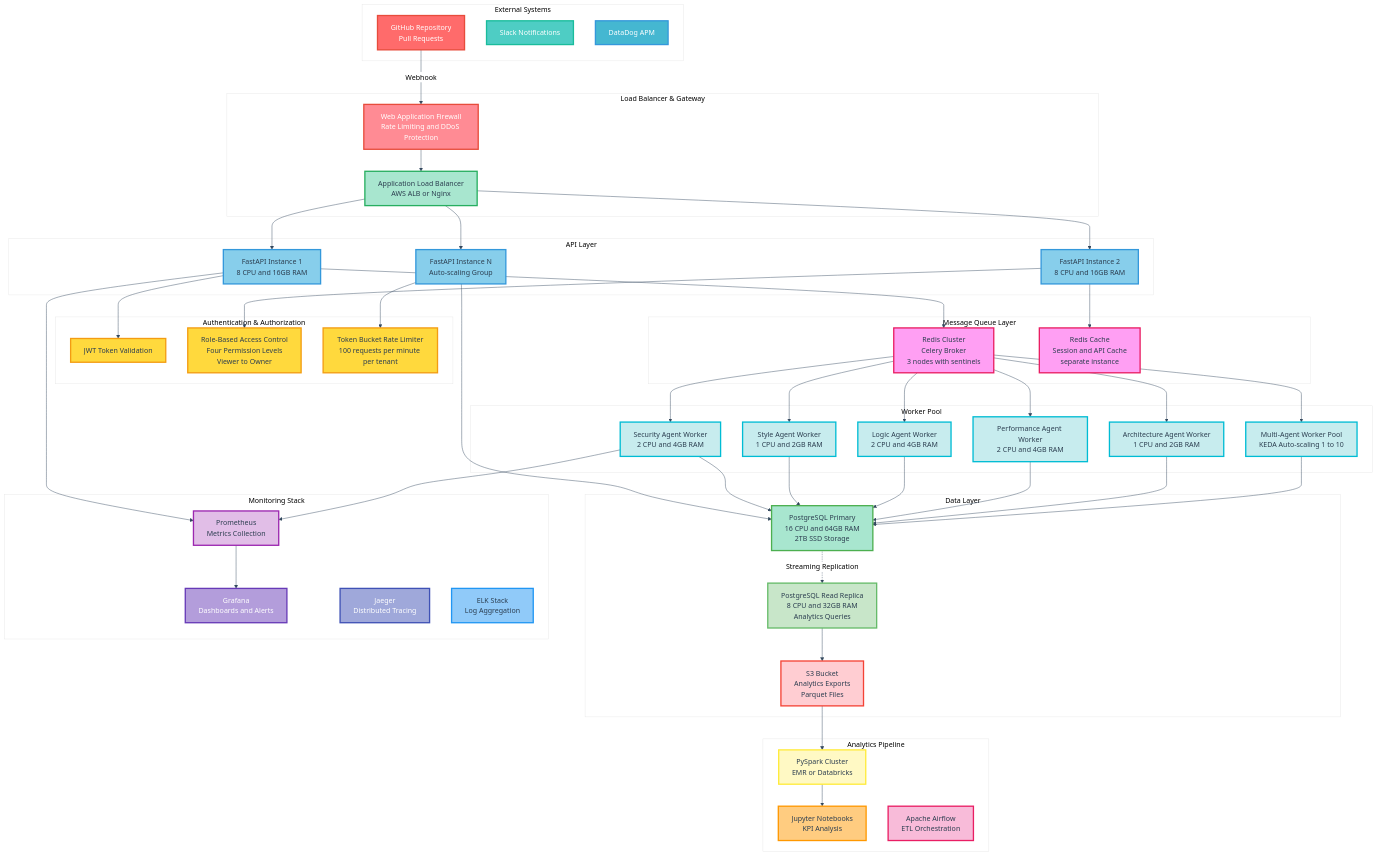
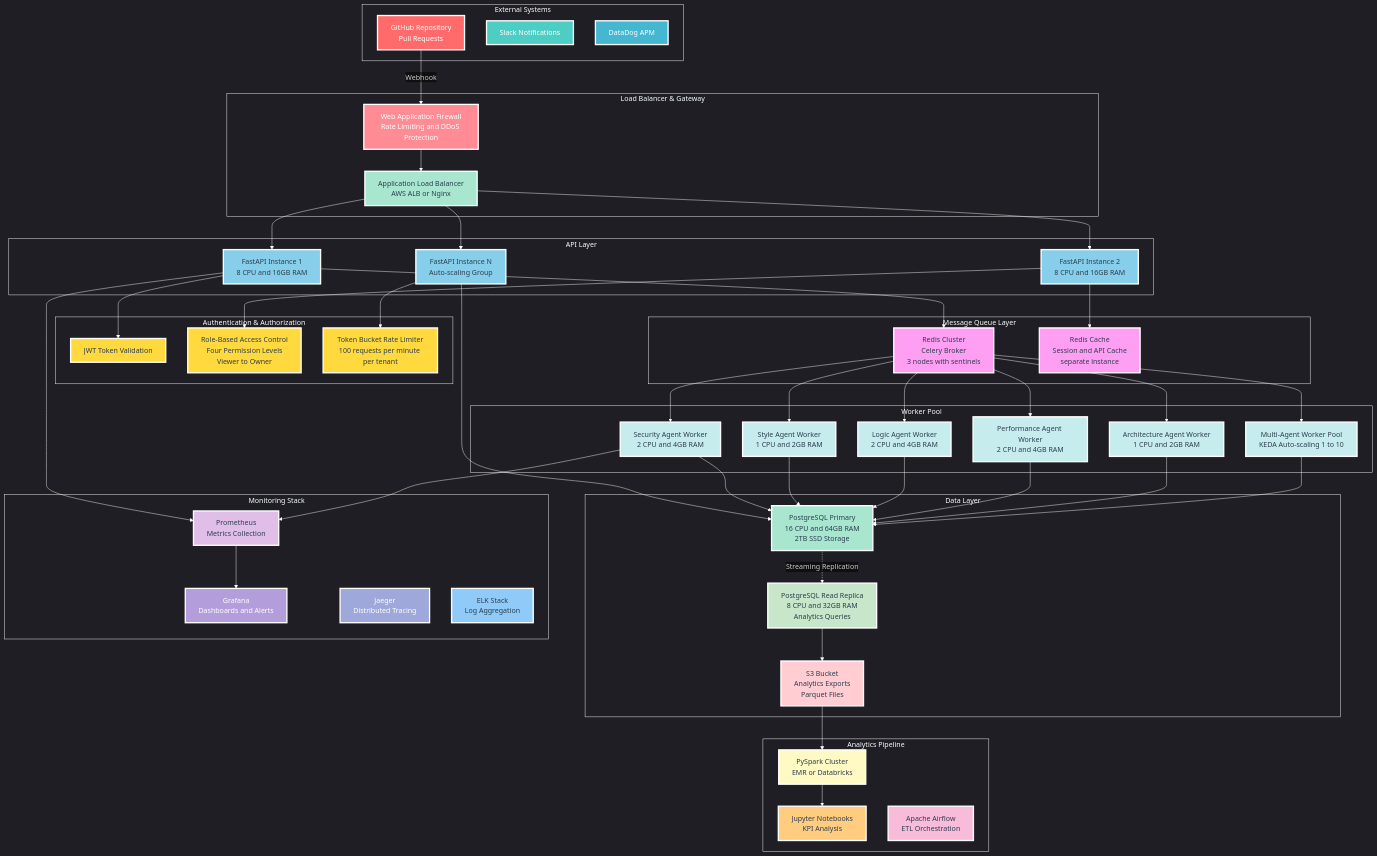
The first of 7 diagrams in docs/ARCHITECTURE.md (PriscillaOng12/AI-Code-Review-Squad), drawn with Mermaid before and after one commit. The commit also changed other lines of this file, not shown here.

````diff
--- a/docs/ARCHITECTURE.md
+++ b/docs/ARCHITECTURE.md
@@ -20,5 +20,5 @@
 ```mermaid
-%%{init: {'theme': 'base', 'themeVariables': {'primaryColor': '#ffffff', 'primaryTextColor': '#000000', 'primaryBorderColor': '#2c3e50', 'lineColor': '#34495e', 'secondaryColor': '#ffffff', 'tertiaryColor': '#ffffff', 'background': '#ffffff', 'mainBkg': '#ffffff', 'secondBkg': '#ffffff', 'tertiaryBkg': '#ffffff'}}}%%
+%%{init: {'theme': 'dark', 'themeVariables': {'primaryColor': 'transparent', 'primaryTextColor': '#ffffff', 'primaryBorderColor': '#ffffff', 'lineColor': '#ffffff', 'secondaryColor': 'transparent', 'tertiaryColor': 'transparent', 'background': 'transparent', 'mainBkg': 'transparent', 'secondBkg': 'transparent', 'tertiaryBkg': 'transparent', 'clusterBkg': 'transparent', 'clusterBorder': '#ffffff', 'edgeLabelBackground': 'transparent'}}}%%
 graph TB
     subgraph "External Systems"
         GITHUB[GitHub Repository<br/>Pull Requests]
@@ -113,41 +113,41 @@
     W1 --> PROMETHEUS
     PROMETHEUS --> GRAFANA
     
-    style GITHUB fill:#ff6b6b,stroke:#e74c3c,stroke-width:3px,color:#ffffff
-    style SLACK fill:#4ecdc4,stroke:#1abc9c,stroke-width:3px,color:#ffffff
-    style DATADOG fill:#45b7d1,stroke:#3498db,stroke-width:3px,color:#ffffff
+    style GITHUB fill:#ff6b6b,stroke:#ffffff,stroke-width:3px,color:#ffffff
+    style SLACK fill:#4ecdc4,stroke:#ffffff,stroke-width:3px,color:#ffffff
+    style DATADOG fill:#45b7d1,stroke:#ffffff,stroke-width:3px,color:#ffffff
     
-    style LB fill:#a8e6cf,stroke:#27ae60,stroke-width:3px,color:#2c3e50
-    style WAF fill:#ff8b94,stroke:#e74c3c,stroke-width:3px,color:#ffffff
+    style LB fill:#a8e6cf,stroke:#ffffff,stroke-width:3px,color:#2c3e50
+    style WAF fill:#ff8b94,stroke:#ffffff,stroke-width:3px,color:#ffffff
     
-    style API1 fill:#87ceeb,stroke:#3498db,stroke-width:3px,color:#2c3e50
-    style API2 fill:#87ceeb,stroke:#3498db,stroke-width:3px,color:#2c3e50
-    style API3 fill:#87ceeb,stroke:#3498db,stroke-width:3px,color:#2c3e50
+    style API1 fill:#87ceeb,stroke:#ffffff,stroke-width:3px,color:#2c3e50
+    style API2 fill:#87ceeb,stroke:#ffffff,stroke-width:3px,color:#2c3e50
+    style API3 fill:#87ceeb,stroke:#ffffff,stroke-width:3px,color:#2c3e50
     
-    style JWT fill:#ffd93d,stroke:#f39c12,stroke-width:3px,color:#2c3e50
-    style RBAC fill:#ffd93d,stroke:#f39c12,stroke-width:3px,color:#2c3e50
-    style RATELIMIT fill:#ffd93d,stroke:#f39c12,stroke-width:3px,color:#2c3e50
+    style JWT fill:#ffd93d,stroke:#ffffff,stroke-width:3px,color:#2c3e50
+    style RBAC fill:#ffd93d,stroke:#ffffff,stroke-width:3px,color:#2c3e50
+    style RATELIMIT fill:#ffd93d,stroke:#ffffff,stroke-width:3px,color:#2c3e50
     
-    style REDIS_BROKER fill:#ff9ff3,stroke:#e91e63,stroke-width:3px,color:#2c3e50
-    style REDIS_CACHE fill:#ff9ff3,stroke:#e91e63,stroke-width:3px,color:#2c3e50
+    style REDIS_BROKER fill:#ff9ff3,stroke:#ffffff,stroke-width:3px,color:#2c3e50
+    style REDIS_CACHE fill:#ff9ff3,stroke:#ffffff,stroke-width:3px,color:#2c3e50
     
-    style W1 fill:#c7ecee,stroke:#00bcd4,stroke-width:3px,color:#2c3e50
-    style W2 fill:#c7ecee,stroke:#00bcd4,stroke-width:3px,color:#2c3e50
-    style W3 fill:#c7ecee,stroke:#00bcd4,stroke-width:3px,color:#2c3e50
-    style W4 fill:#c7ecee,stroke:#00bcd4,stroke-width:3px,color:#2c3e50
-    style W5 fill:#c7ecee,stroke:#00bcd4,stroke-width:3px,color:#2c3e50
-    style W6 fill:#c7ecee,stroke:#00bcd4,stroke-width:3px,color:#2c3e50
+    style W1 fill:#c7ecee,stroke:#ffffff,stroke-width:3px,color:#2c3e50
+    style W2 fill:#c7ecee,stroke:#ffffff,stroke-width:3px,color:#2c3e50
+    style W3 fill:#c7ecee,stroke:#ffffff,stroke-width:3px,color:#2c3e50
+    style W4 fill:#c7ecee,stroke:#ffffff,stroke-width:3px,color:#2c3e50
+    style W5 fill:#c7ecee,stroke:#ffffff,stroke-width:3px,color:#2c3e50
+    style W6 fill:#c7ecee,stroke:#ffffff,stroke-width:3px,color:#2c3e50
     
-    style PGPRIMARY fill:#a8e6cf,stroke:#4caf50,stroke-width:3px,color:#2c3e50
-    style PGREPLICA fill:#c8e6c9,stroke:#66bb6a,stroke-width:3px,color:#2c3e50
-    style S3 fill:#ffcdd2,stroke:#f44336,stroke-width:3px,color:#2c3e50
+    style PGPRIMARY fill:#a8e6cf,stroke:#ffffff,stroke-width:3px,color:#2c3e50
+    style PGREPLICA fill:#c8e6c9,stroke:#ffffff,stroke-width:3px,color:#2c3e50
+    style S3 fill:#ffcdd2,stroke:#ffffff,stroke-width:3px,color:#2c3e50
     
-    style SPARK fill:#fff9c4,stroke:#ffeb3b,stroke-width:3px,color:#2c3e50
-    style JUPYTER fill:#ffcc80,stroke:#ff9800,stroke-width:3px,color:#2c3e50
-    style AIRFLOW fill:#f8bbd9,stroke:#e91e63,stroke-width:3px,color:#2c3e50
+    style SPARK fill:#fff9c4,stroke:#ffffff,stroke-width:3px,color:#2c3e50
+    style JUPYTER fill:#ffcc80,stroke:#ffffff,stroke-width:3px,color:#2c3e50
+    style AIRFLOW fill:#f8bbd9,stroke:#ffffff,stroke-width:3px,color:#2c3e50
     
-    style PROMETHEUS fill:#e1bee7,stroke:#9c27b0,stroke-width:3px,color:#2c3e50
-    style GRAFANA fill:#b39ddb,stroke:#673ab7,stroke-width:3px,color:#ffffff
-    style JAEGER fill:#9fa8da,stroke:#3f51b5,stroke-width:3px,color:#ffffff
-    style ELK fill:#90caf9,stroke:#2196f3,stroke-width:3px,color:#2c3e50
+    style PROMETHEUS fill:#e1bee7,stroke:#ffffff,stroke-width:3px,color:#2c3e50
+    style GRAFANA fill:#b39ddb,stroke:#ffffff,stroke-width:3px,color:#ffffff
+    style JAEGER fill:#9fa8da,stroke:#ffffff,stroke-width:3px,color:#ffffff
+    style ELK fill:#90caf9,stroke:#ffffff,stroke-width:3px,color:#2c3e50
 ```
````
